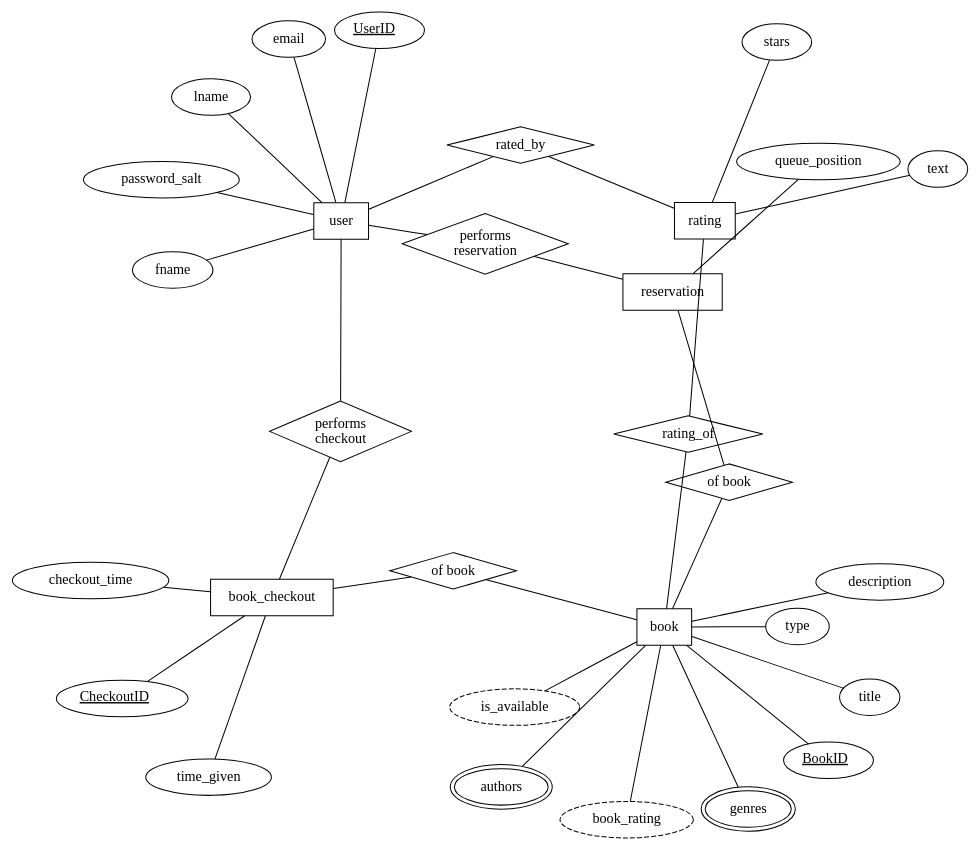
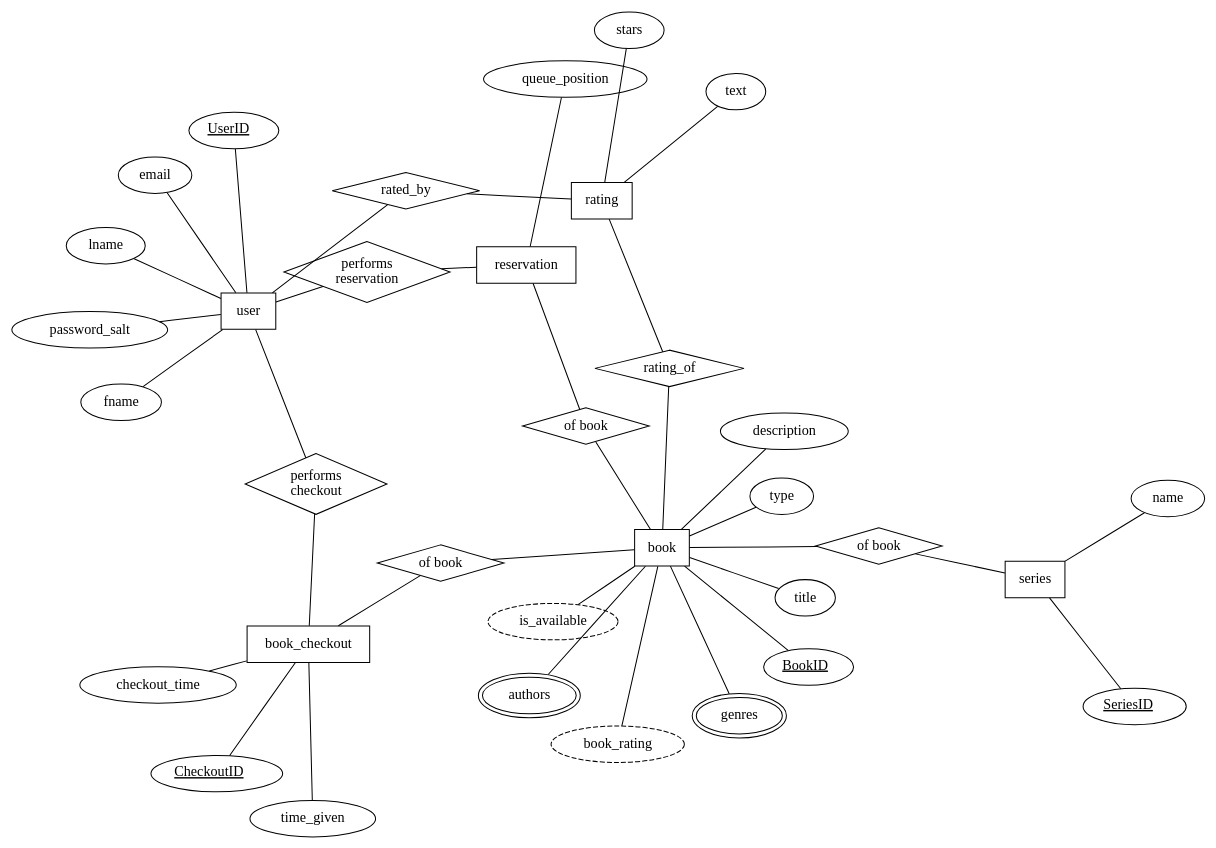
One commit to h0se69/Library-Web-Management-App changed the diagram in ER_diagram.gv. Above: the diagram before and after it, drawn with Graphviz. The commit also changed other lines of this file, not shown here.

```diff
--- a/ER_diagram.gv
+++ b/ER_diagram.gv
@@ -1,79 +1,87 @@
 
 // USE TO VIEW
 // http://magjac.com/graphviz-visual-editor/
 
 digraph Lib{
     dir=none
     layout="neato" // can try commenting out to see if neater
     overlap= false
     
     subgraph user{
         user [shape = box]
         UserID [label = <<u>UserID</u>>]
         user -> {fname;lname;email;password_salt;UserID} [dir = none]
     }
     
     
     subgraph book{
         book [shape = box]
         BookID [label = <<u>BookID</u>>]
         authors [peripheries=2]
         genres [peripheries=2]
         book_rating [style=dashed]
         is_available [style=dashed]
         
         book -> {BookID;authors;title;genres;description;book_rating;type;is_available} [dir = none]
-        
     }
     
     subgraph checkout{
         book_checkout [shape = box]
         performs_checkout [label= "performs \ncheckout", shape=diamond,margin="0,0"]
         of_book [label= "of book", shape=diamond]
         
         user->performs_checkout [dir=none]
          book_checkout -> performs_checkout[dir=none] // If needed change to dir = back
         
           of_book -> performs_checkout[color=invis, weight = 10] // to make it look nicer, can be removed
         
         book -> of_book [dir=none]
         of_book->book_checkout [dir =none]
         
         CheckoutID [label = <<u>CheckoutID</u>>]
         
         book_checkout-> {CheckoutID;checkout_time;time_given}[dir=none]
     }
     
     subgraph rating { // Ratings will be done by users IN library for books IN library
     
         rating [shape=box]
         // RatingID [label = <<u>RatingID</u>>] // if needed then uncomment
         
         rating-> {stars;text} [dir=none]
         
         rated_by [shape=diamond]
         rating_of [shape=diamond]
         
         user->rated_by [dir=none]
         rated_by->rating [dir=none]
         book -> rating_of [dir=none]
         rating_of->rating [dir=none]
-        
     }
     
     subgraph reservation { // For when a book is already checked out but user wants it 
         reservation [shape=box]
         
         reservation->{queue_position} [dir=none]
         performs_reservation [label= "performs \nreservation", shape=diamond,margin="0,0"]
         reservation_of_book [label= "of book", shape=diamond]
         
         user->performs_reservation[dir=none]
         performs_reservation -> reservation [dir=none]
         
         reservation_of_book -> book[dir=none]
         reservation -> reservation_of_book [dir=none]
+    }
+    
+    subgraph series { // For when a book is already checked out but user wants it 
+        series [shape=box]
+        SeriesID [label = <<u>SeriesID</u>>]
         
+        series_of_books [label= "of book", shape=diamond]
+        series->series_of_books [dir=none]
+        series_of_books -> book[dir=none]
+        
+        series->{SeriesID; name} [dir=none]
     }
     
 }
```
